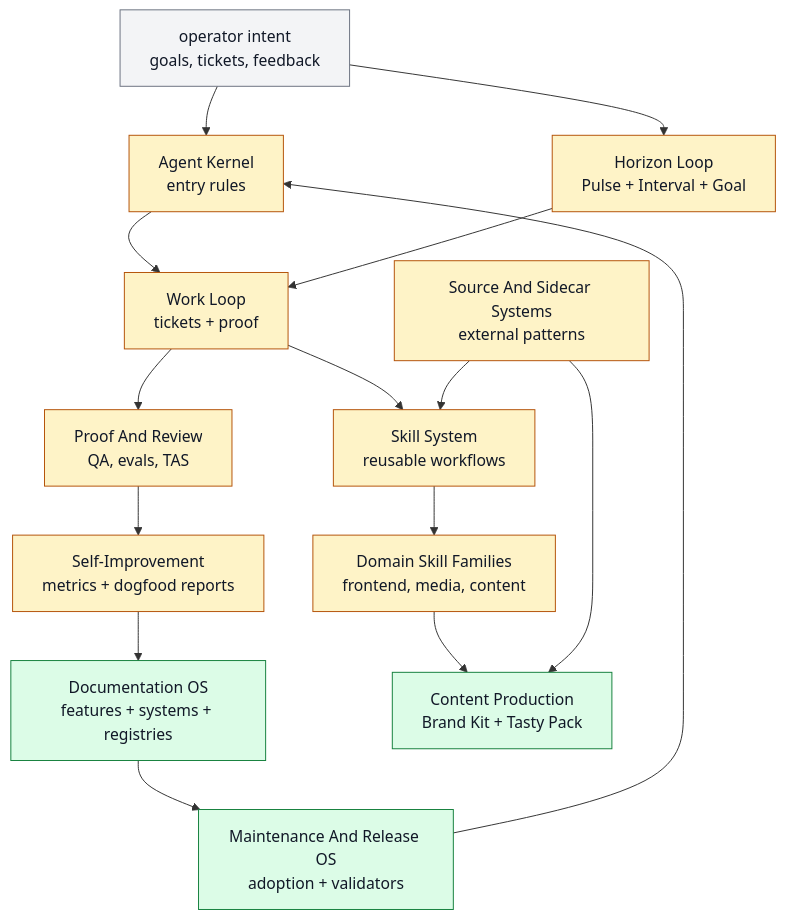
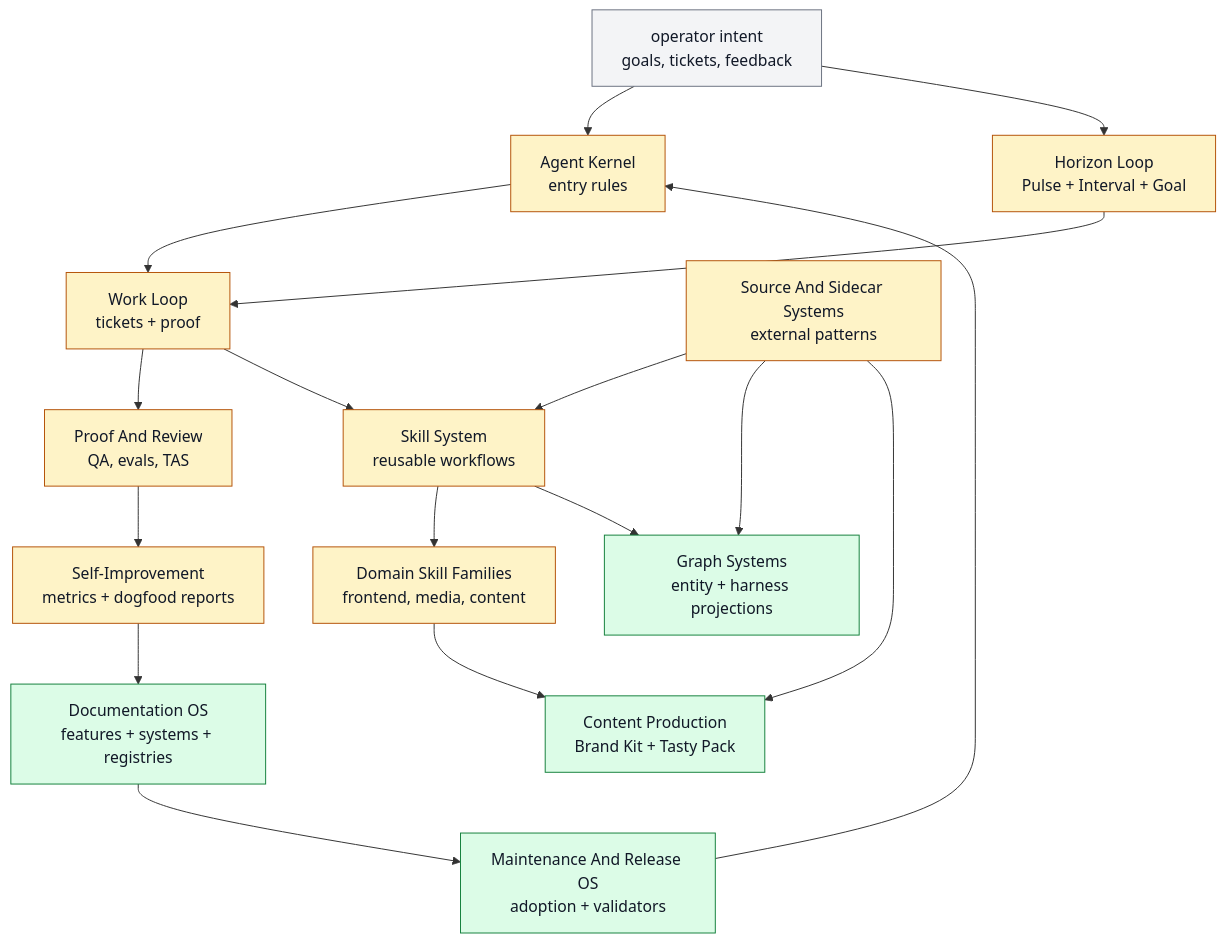
One commit to ZanarkandTechnologies/Farplane changed the diagram in docs/systems/README.md. Above: the diagram before and after it, drawn with Mermaid. The commit also changed other lines of this file and 31 other files, not shown here.

Commit message:
feat(entities): consolidate generated graph projections

````diff
--- a/docs/systems/README.md
+++ b/docs/systems/README.md
@@ -47,27 +47,30 @@
 ```mermaid
 flowchart TD
   classDef keep fill:#f3f4f6,stroke:#6b7280,color:#111827
   classDef changed fill:#fef3c7,stroke:#b45309,color:#111827
   classDef added fill:#dcfce7,stroke:#15803d,color:#111827
 
   operator["operator intent<br/>goals, tickets, feedback"]:::keep
   kernel["Agent Kernel<br/>entry rules"]:::changed
   work["Work Loop<br/>tickets + proof"]:::changed
   horizon["Horizon Loop<br/>Pulse + Interval + Goal"]:::changed
   skills["Skill System<br/>reusable workflows"]:::changed
   proof["Proof And Review<br/>QA, evals, TAS"]:::changed
   learn["Self-Improvement<br/>metrics + dogfood reports"]:::changed
   docs["Documentation OS<br/>features + systems + registries"]:::added
   release["Maintenance And Release OS<br/>adoption + validators"]:::added
   sources["Source And Sidecar Systems<br/>external patterns"]:::changed
+  graphs["Graph Systems<br/>entity + harness projections"]:::added
   domain["Domain Skill Families<br/>frontend, media, content"]:::changed
   content["Content Production<br/>Brand Kit + Tasty Pack"]:::added
 
   operator --> kernel --> work --> proof
   operator --> horizon --> work
   work --> skills --> domain --> content
   sources --> skills
+  sources --> graphs
+  skills --> graphs
   sources --> content
   proof --> learn --> docs
   docs --> release --> kernel
 ```
````
